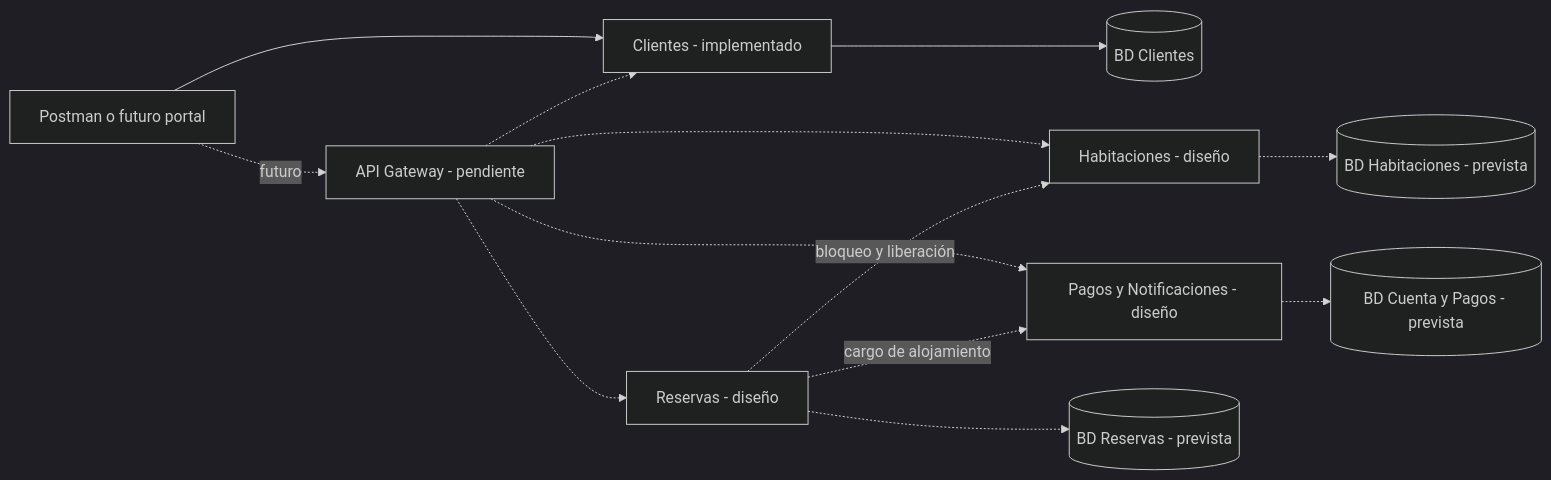
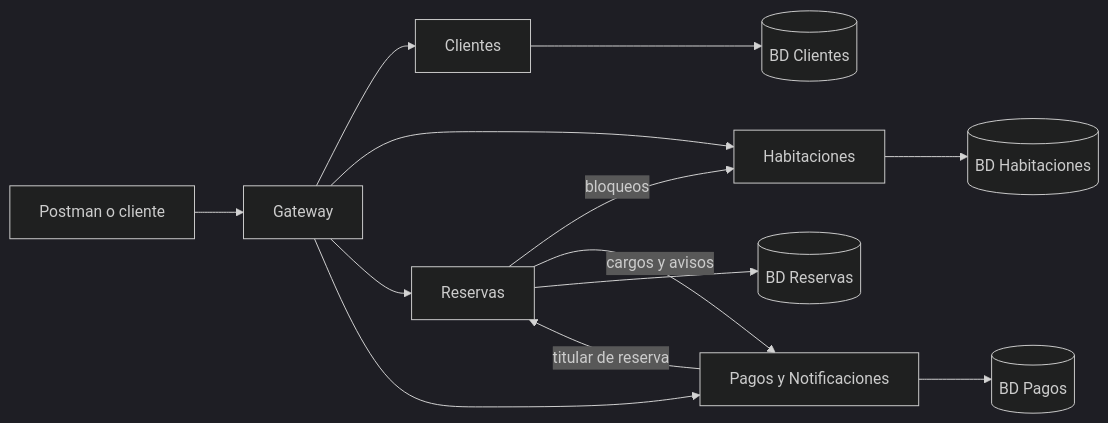
Before and after one commit to AndyFer17/Proyecto-HOTEL-RESORT: the first of 2 diagrams in docs/arquitectura.md, drawn with Mermaid (dark theme). The commit also changed other lines of this file and 71 other files, not shown here.

````diff
--- a/docs/arquitectura.md
+++ b/docs/arquitectura.md
@@ -7,15 +7,15 @@
 ```mermaid
 flowchart LR
-  U[Postman o futuro portal] --> C[Clientes - implementado]
+  U[Postman o cliente] --> G[Gateway]
+  G --> C[Clientes]
+  G --> H[Habitaciones]
+  G --> R[Reservas]
+  G --> P[Pagos y Notificaciones]
+  R -->|bloqueos| H
+  R -->|cargos y avisos| P
+  P -->|titular de reserva| R
   C --> DC[(BD Clientes)]
-  U -. futuro .-> G[API Gateway - pendiente]
-  G -.-> C
-  G -.-> H[Habitaciones - diseño]
-  G -.-> R[Reservas - diseño]
-  G -.-> P[Pagos y Notificaciones - diseño]
-  R -. bloqueo y liberación .-> H
-  R -. cargo de alojamiento .-> P
-  H -.-> DH[(BD Habitaciones - prevista)]
-  R -.-> DR[(BD Reservas - prevista)]
-  P -.-> DP[(BD Cuenta y Pagos - prevista)]
+  H --> DH[(BD Habitaciones)]
+  R --> DR[(BD Reservas)]
+  P --> DP[(BD Pagos)]
 ```
````
